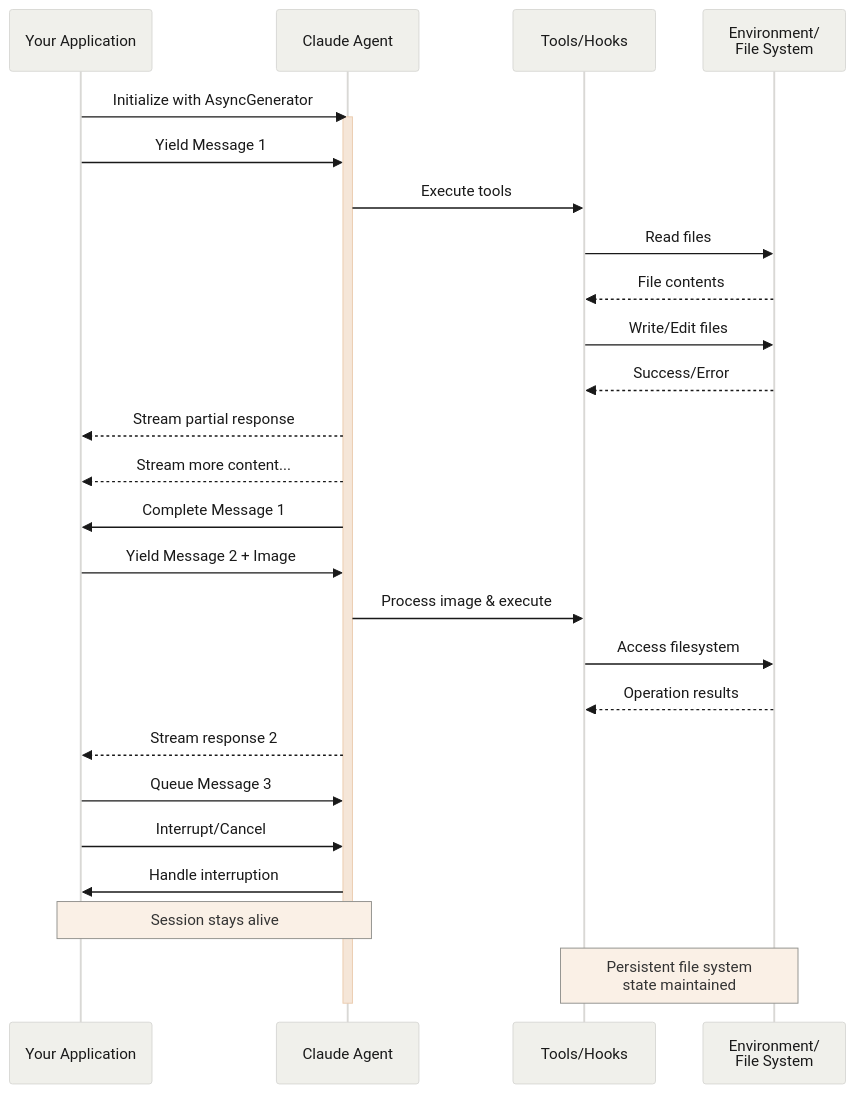
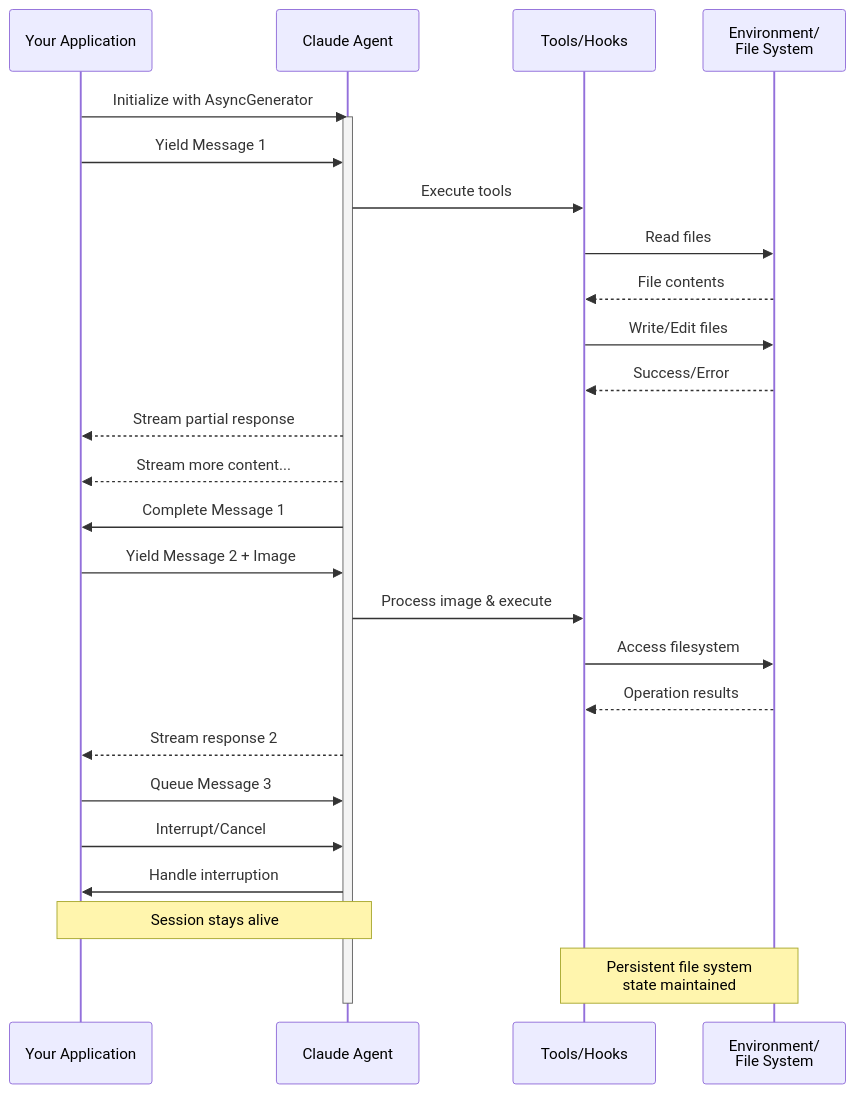
The diagram in plugins/claude-ecosystem/skills/docs-management/canonical/platform-claude-com/docs/en/agent-sdk/streaming-vs-single-mode.md (melodic-software/claude-code-plugins), drawn with Mermaid before and after one commit. The commit also changed other lines of this file and 65 other files, not shown here.

````diff
--- a/plugins/claude-ecosystem/skills/docs-management/canonical/platform-claude-com/docs/en/agent-sdk/streaming-vs-single-mode.md
+++ b/plugins/claude-ecosystem/skills/docs-management/canonical/platform-claude-com/docs/en/agent-sdk/streaming-vs-single-mode.md
@@ -32,36 +32,35 @@
 ```mermaid
-%%{init: {"theme": "base", "themeVariables": {"edgeLabelBackground": "#F0F0EB", "lineColor": "#91918D", "primaryColor": "#F0F0EB", "primaryTextColor": "#191919", "primaryBorderColor": "#D9D8D5", "secondaryColor": "#F5E6D8", "tertiaryColor": "#CC785C", "noteBkgColor": "#FAF0E6", "noteBorderColor": "#91918D"}, "sequence": {"actorMargin": 50, "width": 150, "height": 65, "boxMargin": 10, "boxTextMargin": 5, "noteMargin": 10, "messageMargin": 35}}}%%
 sequenceDiagram
     participant App as Your Application
     participant Agent as Claude Agent
     participant Tools as Tools/Hooks
     participant FS as Environment/<br/>File System
     
     App->>Agent: Initialize with AsyncGenerator
     activate Agent
     
     App->>Agent: Yield Message 1
     Agent->>Tools: Execute tools
     Tools->>FS: Read files
     FS-->>Tools: File contents
     Tools->>FS: Write/Edit files
     FS-->>Tools: Success/Error
     Agent-->>App: Stream partial response
     Agent-->>App: Stream more content...
     Agent->>App: Complete Message 1
     
     App->>Agent: Yield Message 2 + Image
     Agent->>Tools: Process image & execute
     Tools->>FS: Access filesystem
     FS-->>Tools: Operation results
     Agent-->>App: Stream response 2
     
     App->>Agent: Queue Message 3
     App->>Agent: Interrupt/Cancel
     Agent->>App: Handle interruption
     
     Note over App,Agent: Session stays alive
     Note over Tools,FS: Persistent file system<br/>state maintained
     
     deactivate Agent
 ```
````
